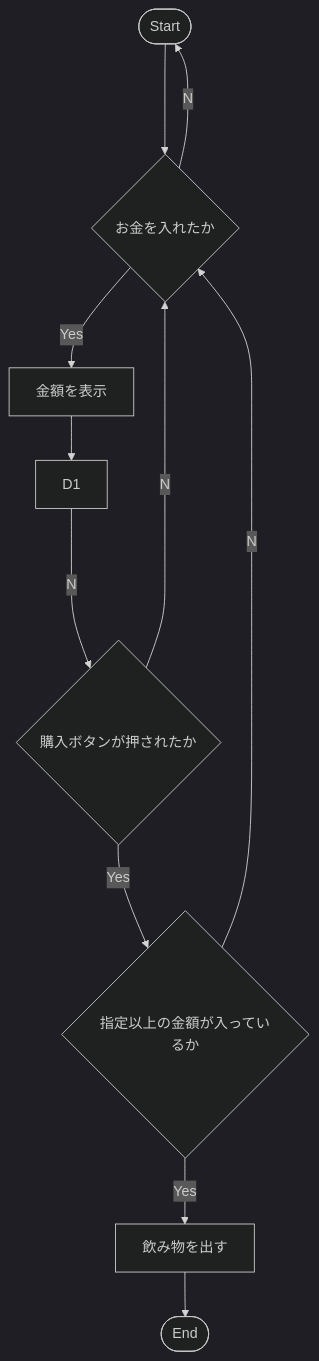
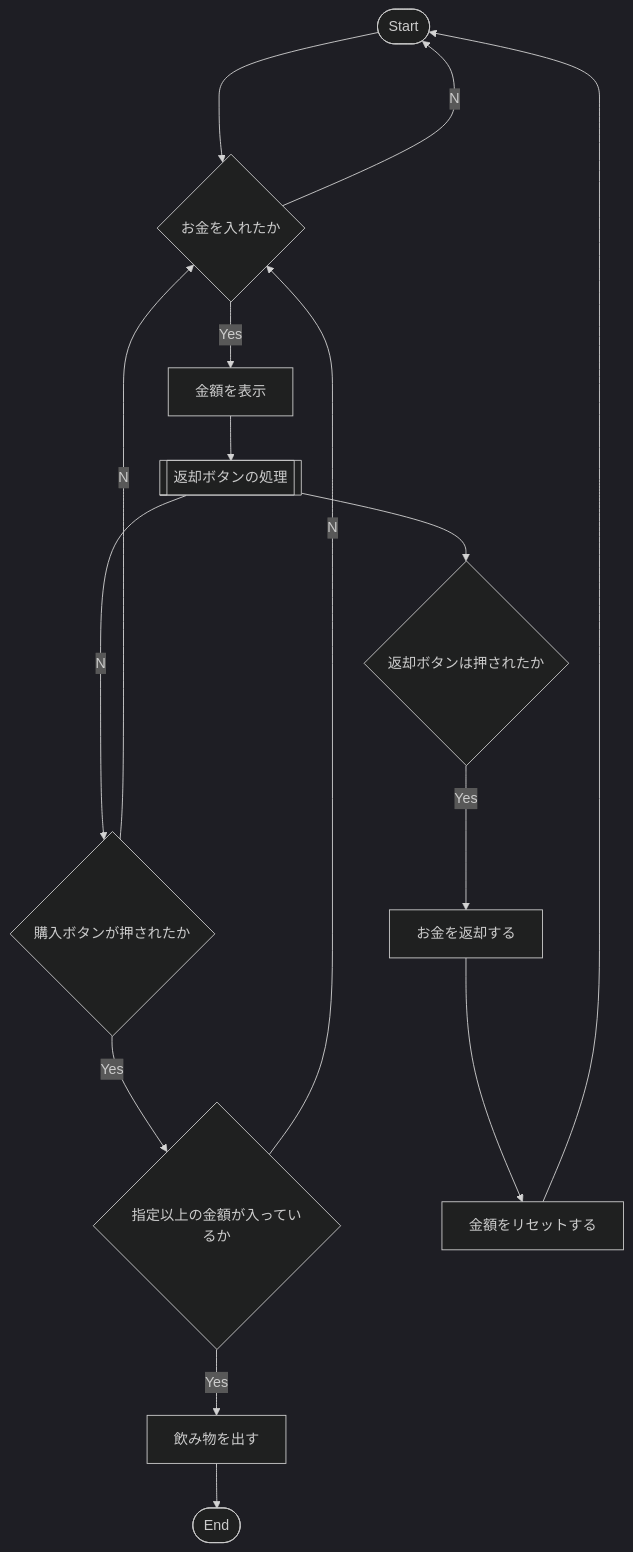
One commit to tpu-game-2022/mermaid_test changed the diagram in README.md. Above: the diagram before and after it, drawn with Mermaid (dark theme).

Commit message:
フローチャートを変更した

````diff
--- a/README.md
+++ b/README.md
@@ -20,13 +20,18 @@
 ```mermaid
 flowchart TB
   A([Start])-->B{お金を入れたか}
   B--Yes-->C[金額を表示]
   B--No-->A
-  C-->D1
-  D1--No-->E{購入ボタンが押されたか}
+  C-->D[[返却ボタンの処理]]
+  D--No-->E{購入ボタンが押されたか}
   E{購入ボタンが押されたか}--Yes-->F{指定以上の金額が入っているか}
   E--No-->B
   F--Yes-->G[飲み物を出す]
   F--No-->B
   G-->H([End])
+
+  D[[返却ボタンの処理]]-->D1{返却ボタンは押されたか}
+  D1--Yes-->D2[お金を返却する]
+  D2-->D3[金額をリセットする]
+  D3-->A
 ```
````
